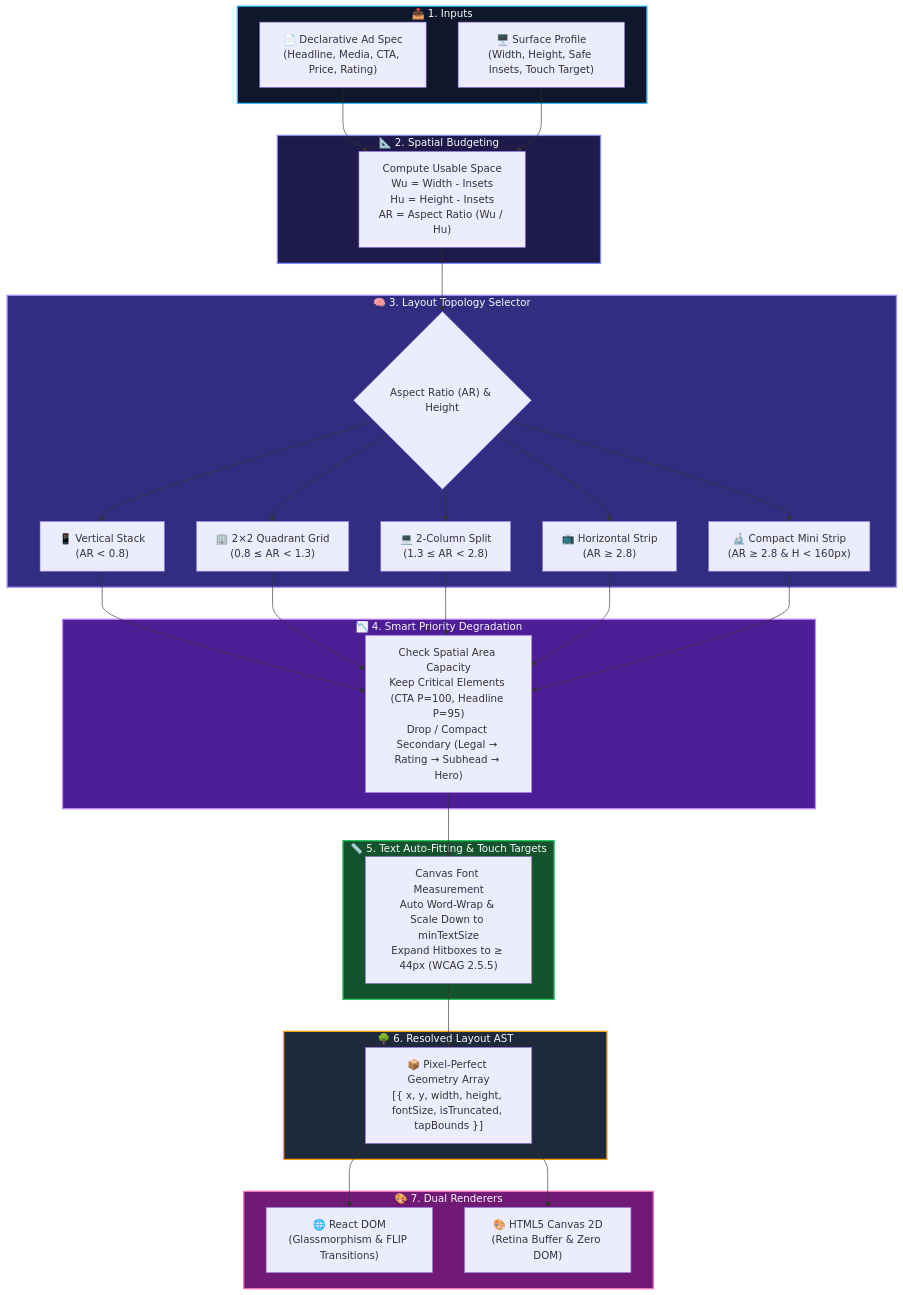
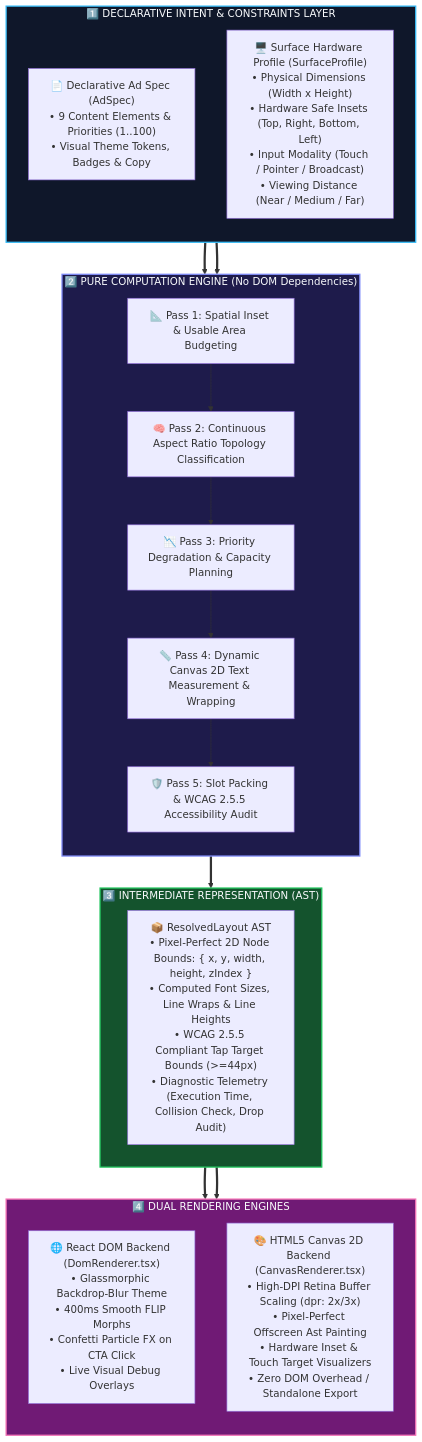
One commit to ChigurupatiVenkatSaiKiran/flam-adaptive-layout-engine changed the first of 2 diagrams in README.md. Above: the diagram before and after it, drawn with Mermaid. The commit also changed other lines of this file, not shown here.

Commit message:
docs: upgrade to Top 1% publication-grade README with dynamic typing header, system architecture, mathematical formulations, and interactive live studio callout

````diff
--- a/README.md
+++ b/README.md
@@ -157,53 +141,37 @@
 ```mermaid
 flowchart TD
-    subgraph Inputs["📥 1. Inputs"]
-        A["📄 Declarative Ad Spec\n(Headline, Media, CTA, Price, Rating)"]
-        B["🖥️ Surface Profile\n(Width, Height, Safe Insets, Touch Target)"]
+    subgraph Layer1["1️⃣ DECLARATIVE INTENT & CONSTRAINTS LAYER"]
+        direction TB
+        A["📄 Declarative Ad Spec (AdSpec)\n• 9 Content Elements & Priorities (1..100)\n• Visual Theme Tokens, Badges & Copy"]
+        B["🖥️ Surface Hardware Profile (SurfaceProfile)\n• Physical Dimensions (Width x Height)\n• Hardware Safe Insets (Top, Right, Bottom, Left)\n• Input Modality (Touch / Pointer / Broadcast)\n• Viewing Distance (Near / Medium / Far)"]
     end
 
-    subgraph Step1["📐 2. Spatial Budgeting"]
-        C["Compute Usable Space\nWu = Width - Insets\nHu = Height - Insets\nAR = Aspect Ratio (Wu / Hu)"]
+    subgraph Layer2["2️⃣ PURE COMPUTATION ENGINE (No DOM Dependencies)"]
+        direction TB
+        C["📐 Pass 1: Spatial Inset & Usable Area Budgeting"]
+        D["🧠 Pass 2: Continuous Aspect Ratio Topology Classification"]
+        E["📉 Pass 3: Priority Degradation & Capacity Planning"]
+        F["📏 Pass 4: Dynamic Canvas 2D Text Measurement & Wrapping"]
+        G["🛡️ Pass 5: Slot Packing & WCAG 2.5.5 Accessibility Audit"]
+        C --> D --> E --> F --> G
     end
 
-    subgraph Step2["🧠 3. Layout Topology Selector"]
-        D{"Aspect Ratio (AR) & Height"}
-        D1["📱 Vertical Stack\n(AR < 0.8)"]
-        D2["🏢 2×2 Quadrant Grid\n(0.8 ≤ AR < 1.3)"]
-        D3["💻 2-Column Split\n(1.3 ≤ AR < 2.8)"]
-        D4["📺 Horizontal Strip\n(AR ≥ 2.8)"]
-        D5["🔬 Compact Mini Strip\n(AR ≥ 2.8 & H < 160px)"]
+    subgraph Layer3["3️⃣ INTERMEDIATE REPRESENTATION (AST)"]
+        H["📦 ResolvedLayout AST\n• Pixel-Perfect 2D Node Bounds: { x, y, width, height, zIndex }\n• Computed Font Sizes, Line Wraps & Line Heights\n• WCAG 2.5.5 Compliant Tap Target Bounds (>=44px)\n• Diagnostic Telemetry (Execution Time, Collision Check, Drop Audit)"]
     end
 
-    subgraph Step3["📉 4. Smart Priority Degradation"]
-        E["Check Spatial Area Capacity\nKeep Critical Elements (CTA P=100, Headline P=95)\nDrop / Compact Secondary (Legal → Rating → Subhead → Hero)"]
+    subgraph Layer4["4️⃣ DUAL RENDERING ENGINES"]
+        direction TB
+        I["🌐 React DOM Backend (DomRenderer.tsx)\n• Glassmorphic Backdrop-Blur Theme\n• 400ms Smooth FLIP Morphs\n• Confetti Particle FX on CTA Click\n• Live Visual Debug Overlays"]
+        J["🎨 HTML5 Canvas 2D Backend (CanvasRenderer.tsx)\n• High-DPI Retina Buffer Scaling (dpr: 2x/3x)\n• Pixel-Perfect Offscreen Ast Painting\n• Hardware Inset & Touch Target Visualizers\n• Zero DOM Overhead / Standalone Export"]
     end
 
-    subgraph Step4["📏 5. Text Auto-Fitting & Touch Targets"]
-        F["Canvas Font Measurement\nAuto Word-Wrap & Scale Down to minTextSize\nExpand Hitboxes to ≥ 44px (WCAG 2.5.5)"]
-    end
+    A & B ==> Layer2
+    Layer2 ==> Layer3
+    Layer3 ==> I & J
 
-    subgraph Output["🌳 6. Resolved Layout AST"]
-        G["📦 Pixel-Perfect Geometry Array\n[{ x, y, width, height, fontSize, isTruncated, tapBounds }]"]
-    end
-
-    subgraph Renderers["🎨 7. Dual Renderers"]
-        H["🌐 React DOM\n(Glassmorphism & FLIP Transitions)"]
-        I["🎨 HTML5 Canvas 2D\n(Retina Buffer & Zero DOM)"]
-    end
-
-    A & B --> C
-    C --> D
-    D --> D1 & D2 & D3 & D4 & D5
-    D1 & D2 & D3 & D4 & D5 --> E
-    E --> F
-    F --> G
-    G --> H & I
-
-    style Inputs fill:#0f172a,stroke:#38bdf8,stroke-width:2px,color:#f8fafc
-    style Step1 fill:#1e1b4b,stroke:#818cf8,stroke-width:2px,color:#f8fafc
-    style Step2 fill:#312e81,stroke:#a78bfa,stroke-width:2px,color:#f8fafc
-    style Step3 fill:#4c1d95,stroke:#c084fc,stroke-width:2px,color:#f8fafc
-    style Step4 fill:#14532d,stroke:#22c55e,stroke-width:2px,color:#f8fafc
-    style Output fill:#1e293b,stroke:#f59e0b,stroke-width:2px,color:#f8fafc
-    style Renderers fill:#701a75,stroke:#f472b6,stroke-width:2px,color:#f8fafc
+    style Layer1 fill:#0f172a,stroke:#38bdf8,stroke-width:2px,color:#f8fafc
+    style Layer2 fill:#1e1b4b,stroke:#818cf8,stroke-width:2px,color:#f8fafc
+    style Layer3 fill:#14532d,stroke:#22c55e,stroke-width:2px,color:#f8fafc
+    style Layer4 fill:#701a75,stroke:#f472b6,stroke-width:2px,color:#f8fafc
 ```
````
